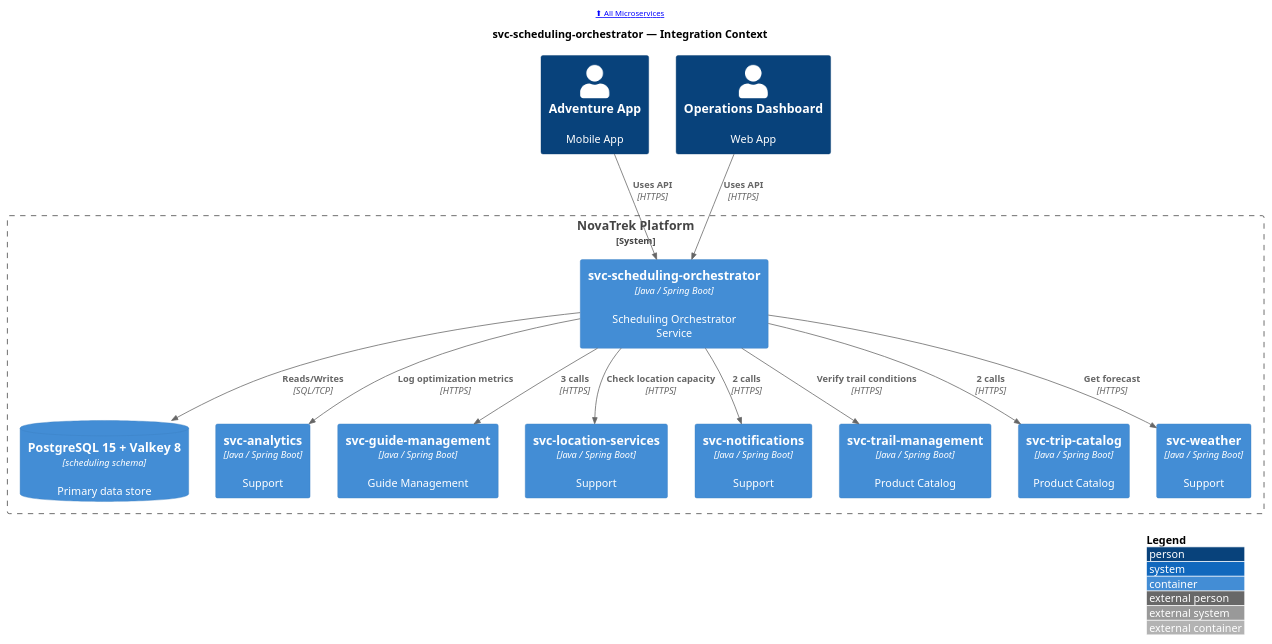
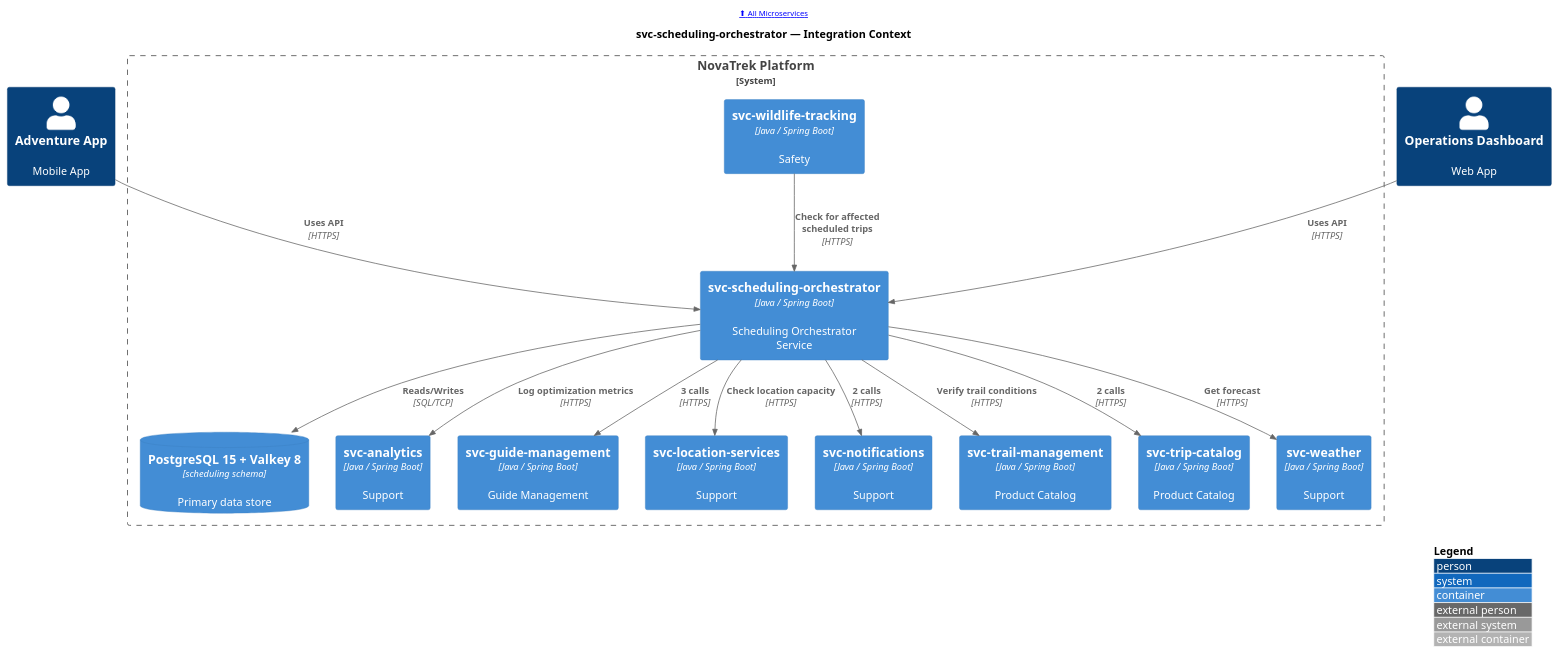
Before and after one commit to christopherblaisdell/continuous-architecture-platform-poc: the diagram in portal/site/microservices/puml/svc-scheduling-orchestrator--c4-context.puml, drawn with PlantUML. The commit also changed 122 other files, not shown here.

Commit message:
Add svc-emergency-response and svc-wildlife-tracking: 2 new Safety domain services with OpenAPI specs, AsyncAPI events, metadata, 182 diagrams, deployed to Azure SWA

```diff
--- a/portal/site/microservices/puml/svc-scheduling-orchestrator--c4-context.puml
+++ b/portal/site/microservices/puml/svc-scheduling-orchestrator--c4-context.puml
@@ -1,38 +1,40 @@
 @startuml
 !include <c4/C4_Container>
 
 LAYOUT_WITH_LEGEND()
 LAYOUT_TOP_DOWN()
 
 header [[/microservices/ ⬆ All Microservices]]
 
 title svc-scheduling-orchestrator — Integration Context
 
 Person(app_guest_mobile, "Adventure App", "Mobile App", $link="/applications/app-guest-mobile/#service-dependencies")
 Person(web_ops_dashboard, "Operations Dashboard", "Web App", $link="/applications/web-ops-dashboard/#service-dependencies")
 
 System_Boundary(boundary, "NovaTrek Platform") {
     Container(svc_scheduling_orchestrator, "svc-scheduling-orchestrator", "Java / Spring Boot", "Scheduling Orchestrator Service", $link="/microservices/svc-scheduling-orchestrator/")
     ContainerDb(svc_scheduling_orchestrator_db, "PostgreSQL 15 + Valkey 8", "scheduling schema", "Primary data store", $link="/microservices/svc-scheduling-orchestrator/#data-store")
+    Container(svc_wildlife_tracking, "svc-wildlife-tracking", "Java / Spring Boot", "Safety", $link="/microservices/svc-wildlife-tracking/#integration-context")
     Container(svc_analytics, "svc-analytics", "Java / Spring Boot", "Support", $link="/microservices/svc-analytics/#integration-context")
     Container(svc_guide_management, "svc-guide-management", "Java / Spring Boot", "Guide Management", $link="/microservices/svc-guide-management/#integration-context")
     Container(svc_location_services, "svc-location-services", "Java / Spring Boot", "Support", $link="/microservices/svc-location-services/#integration-context")
     Container(svc_notifications, "svc-notifications", "Java / Spring Boot", "Support", $link="/microservices/svc-notifications/#integration-context")
     Container(svc_trail_management, "svc-trail-management", "Java / Spring Boot", "Product Catalog", $link="/microservices/svc-trail-management/#integration-context")
     Container(svc_trip_catalog, "svc-trip-catalog", "Java / Spring Boot", "Product Catalog", $link="/microservices/svc-trip-catalog/#integration-context")
     Container(svc_weather, "svc-weather", "Java / Spring Boot", "Support", $link="/microservices/svc-weather/#integration-context")
 }
 
 
 Rel(app_guest_mobile, svc_scheduling_orchestrator, "Uses API", "HTTPS")
 Rel(web_ops_dashboard, svc_scheduling_orchestrator, "Uses API", "HTTPS")
+Rel(svc_wildlife_tracking, svc_scheduling_orchestrator, "Check for affected scheduled trips", "HTTPS")
 Rel(svc_scheduling_orchestrator, svc_scheduling_orchestrator_db, "Reads/Writes", "SQL/TCP")
 Rel(svc_scheduling_orchestrator, svc_analytics, "Log optimization metrics", "HTTPS")
 Rel(svc_scheduling_orchestrator, svc_guide_management, "3 calls", "HTTPS")
 Rel(svc_scheduling_orchestrator, svc_location_services, "Check location capacity", "HTTPS")
 Rel(svc_scheduling_orchestrator, svc_notifications, "2 calls", "HTTPS")
 Rel(svc_scheduling_orchestrator, svc_trail_management, "Verify trail conditions", "HTTPS")
 Rel(svc_scheduling_orchestrator, svc_trip_catalog, "2 calls", "HTTPS")
 Rel(svc_scheduling_orchestrator, svc_weather, "Get forecast", "HTTPS")
 
 @enduml
```
